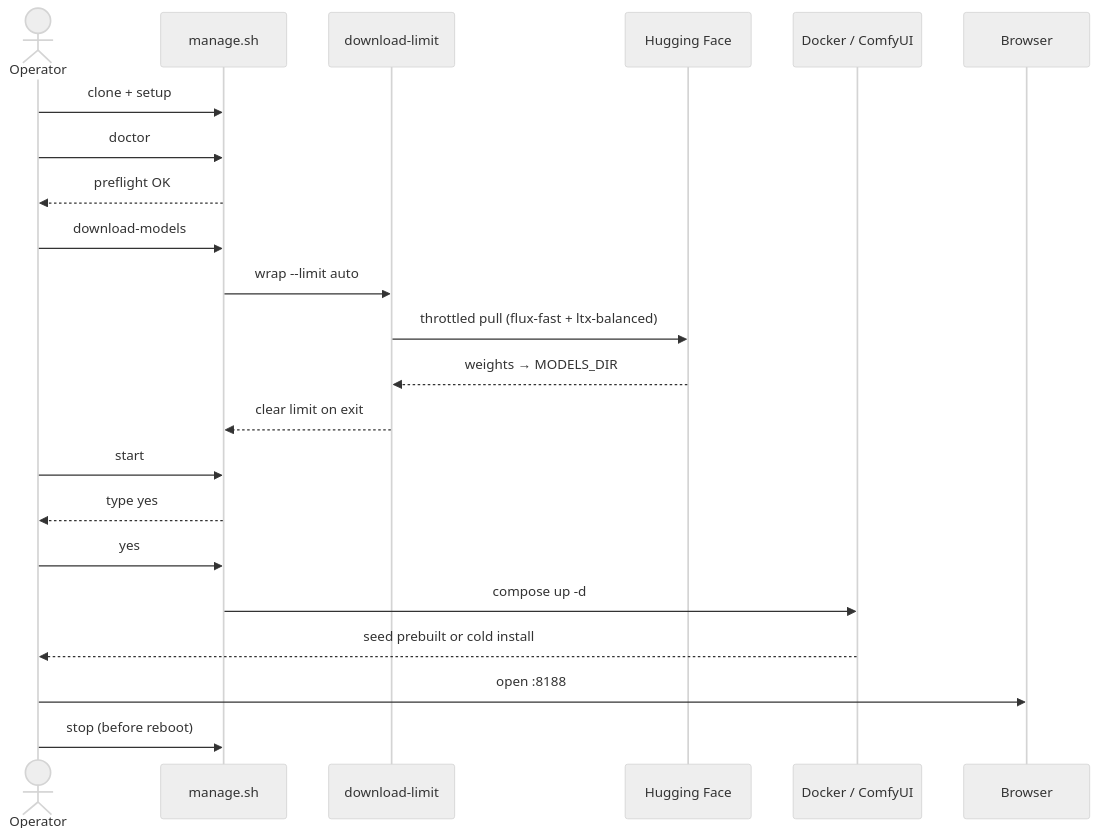
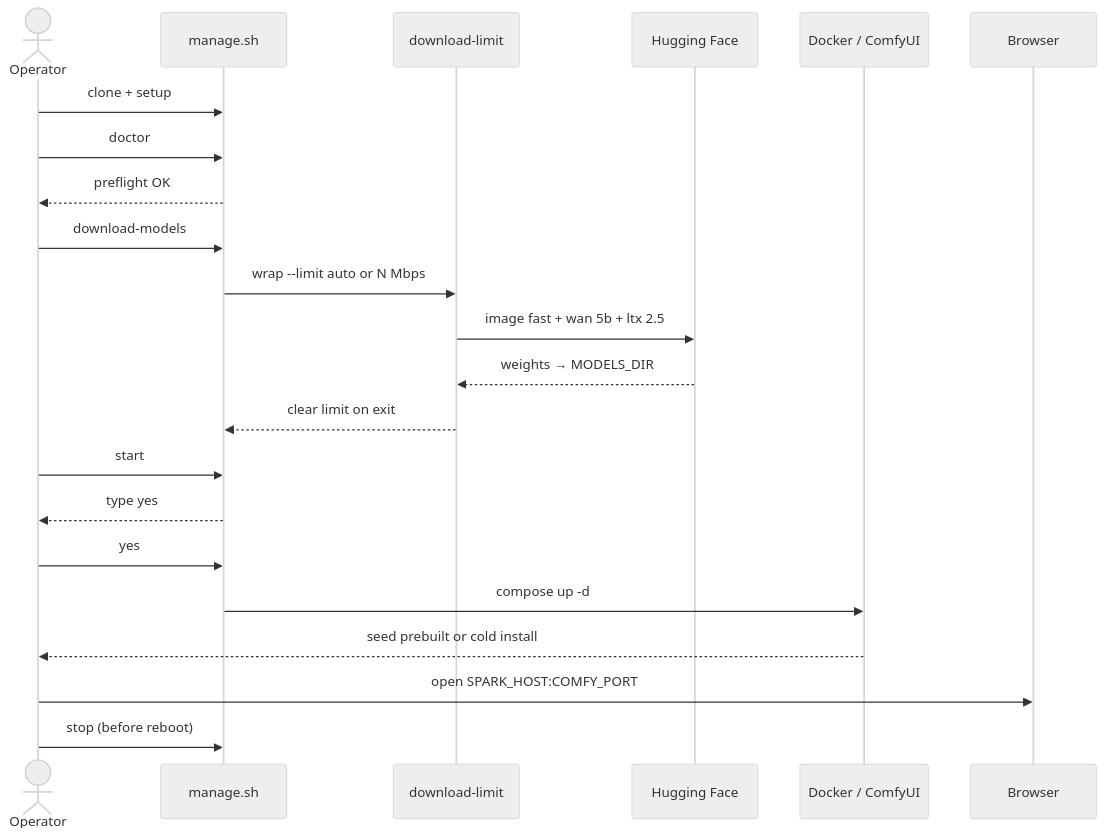
Before and after one commit to toxicoder/ez-comfy-stack: the second of 3 diagrams in docs/getting-started.md, drawn with Mermaid (neutral theme). The commit also changed other lines of this file and 142 other files, not shown here.

````diff
--- a/docs/getting-started.md
+++ b/docs/getting-started.md
@@ -427,25 +416,25 @@
     ```mermaid
     sequenceDiagram
       actor Op as Operator
       participant M as manage.sh
       participant DL as download-limit
       participant HF as Hugging Face
       participant D as Docker / ComfyUI
       participant B as Browser
 
       Op->>M: clone + setup
       Op->>M: doctor
       M-->>Op: preflight OK
       Op->>M: download-models
-      M->>DL: wrap --limit auto
-      DL->>HF: throttled pull (flux-fast + ltx-balanced)
+      M->>DL: wrap --limit auto or N Mbps
+      DL->>HF: image fast + wan 5b + ltx 2.5
       HF-->>DL: weights → MODELS_DIR
       DL-->>M: clear limit on exit
       Op->>M: start
       M-->>Op: type yes
       Op->>M: yes
       M->>D: compose up -d
       D-->>Op: seed prebuilt or cold install
-      Op->>B: open :8188
+      Op->>B: open SPARK_HOST:COMFY_PORT
       Op->>M: stop (before reboot)
     ```
````
